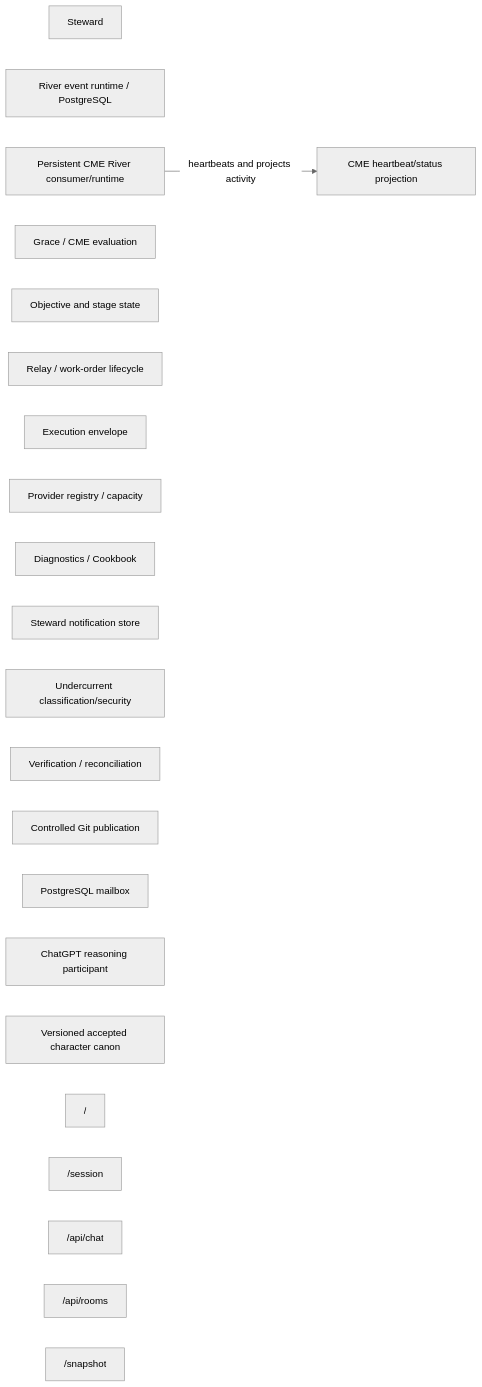
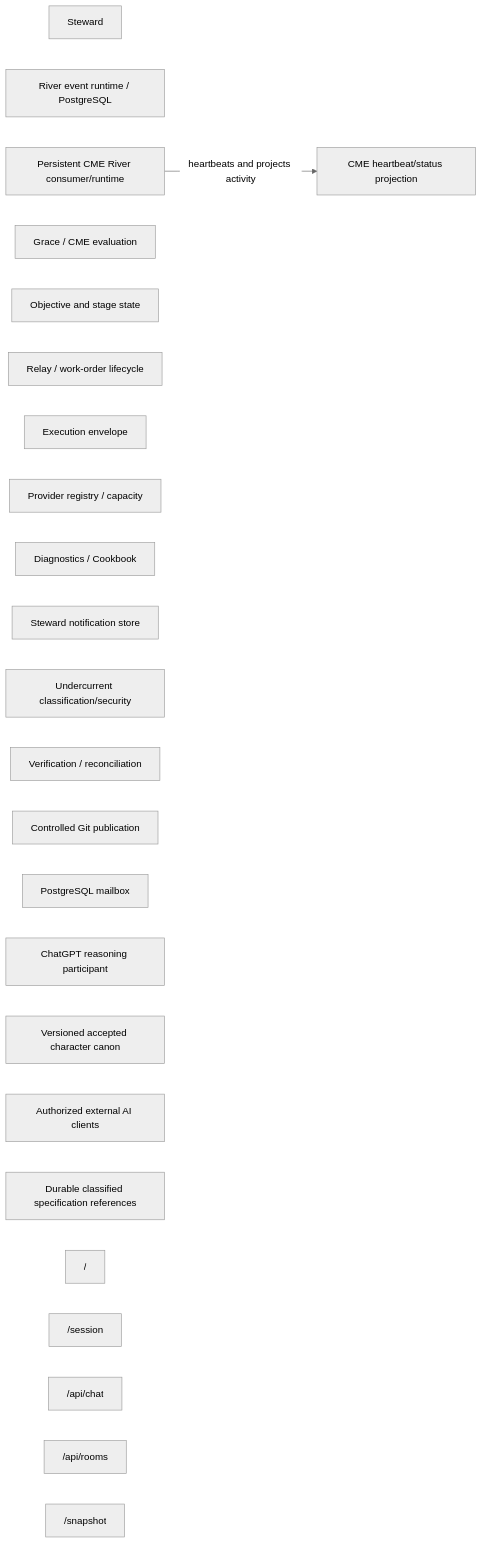
One commit to ppow1/Riverview changed the diagram in docs/architecture/graph_views/11_service_runtime.mmd. Above: the diagram before and after it, drawn with Mermaid (neutral theme). The commit also changed 31 other files, not shown here.

```diff
--- a/docs/architecture/graph_views/11_service_runtime.mmd
+++ b/docs/architecture/graph_views/11_service_runtime.mmd
@@ -1,24 +1,26 @@
 flowchart LR
     steward["Steward"]
     river["River event runtime / PostgreSQL"]
     cme_runtime["Persistent CME River consumer/runtime"]
     cme_status_projection["CME heartbeat/status projection"]
     grace["Grace / CME evaluation"]
     objective_state["Objective and stage state"]
     relay["Relay / work-order lifecycle"]
     execution_envelope["Execution envelope"]
     providers["Provider registry / capacity"]
     diagnostics["Diagnostics / Cookbook"]
     notifications["Steward notification store"]
     undercurrent["Undercurrent classification/security"]
     verification["Verification / reconciliation"]
     publication["Controlled Git publication"]
     mailbox["PostgreSQL mailbox"]
     chatgpt["ChatGPT reasoning participant"]
     character_canon["Versioned accepted character canon"]
+    external_ai_clients["Authorized external AI clients"]
+    specification_store["Durable classified specification references"]
     route__["/"]
     route__session["/session"]
     route__api_chat["/api/chat"]
     route__api_rooms["/api/rooms"]
     route__snapshot["/snapshot"]
     cme_runtime -->|heartbeats and projects activity| cme_status_projection
```
